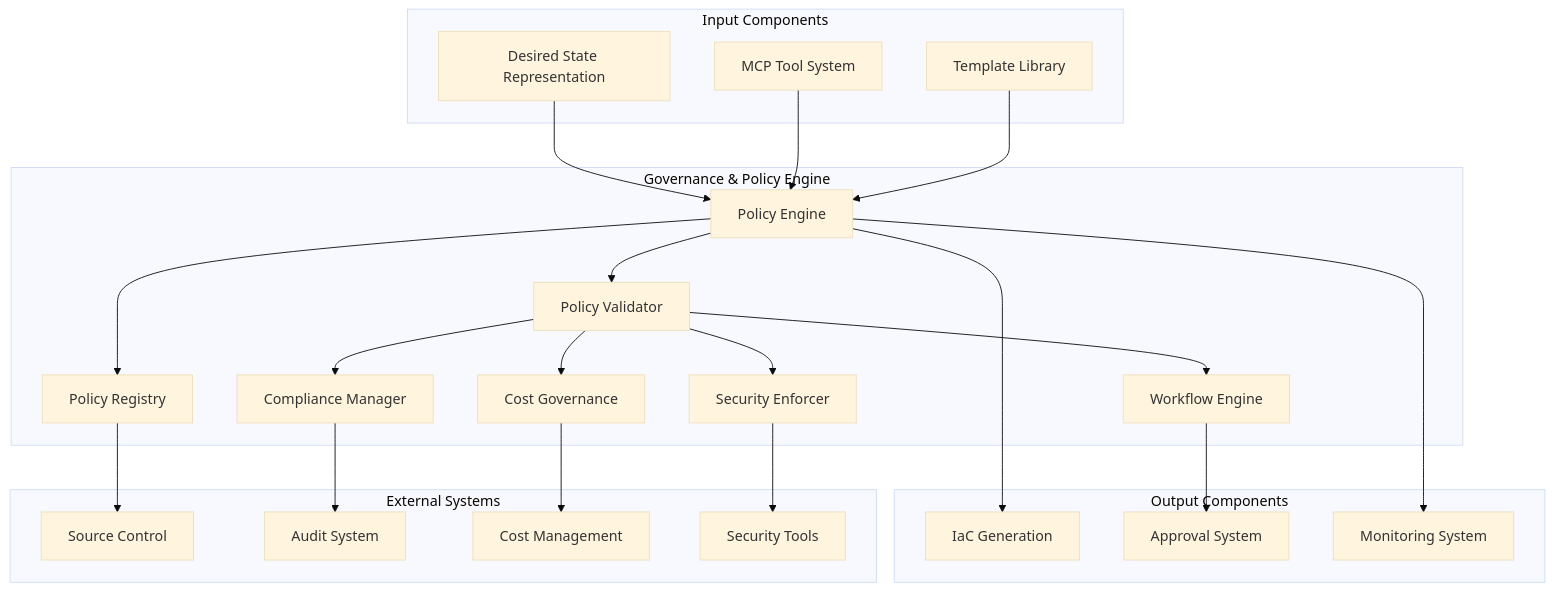
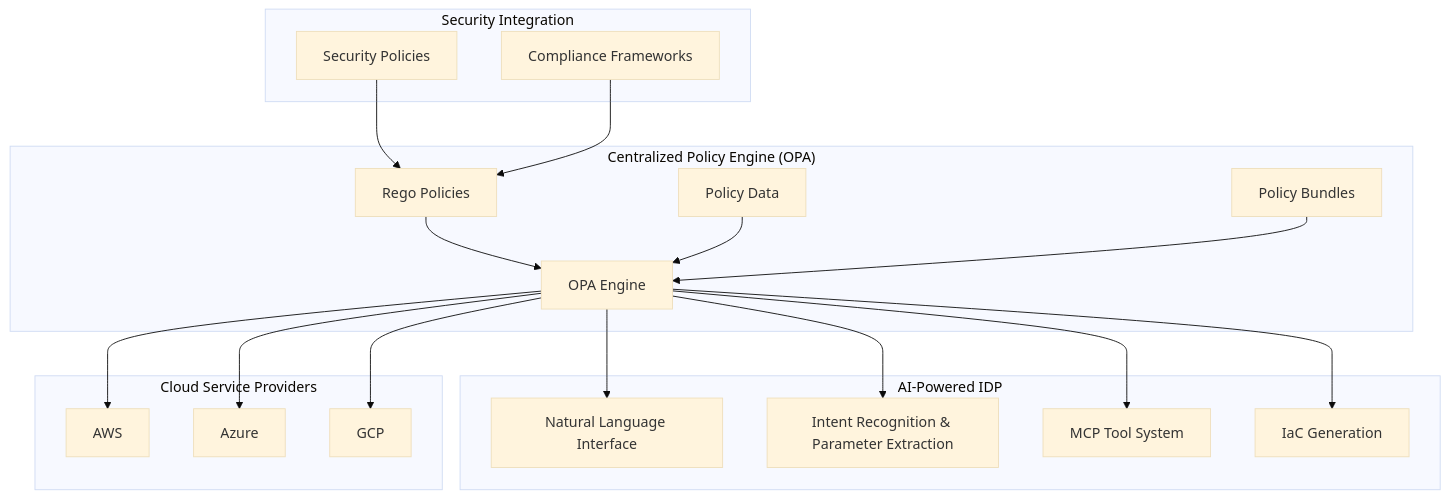
Before and after one commit to aykay76/ai-idp: the diagram in 4.6.governance.md, drawn with Mermaid (base theme). The commit also changed other lines of this file, not shown here.

Commit message:
update governance to use OPA and rego

````diff
--- a/4.6.governance.md
+++ b/4.6.governance.md
@@ -344,48 +349,40 @@
 ```mermaid
 graph TB
-    subgraph "Governance & Policy Engine"
-        PR[Policy Registry]
-        PE[Policy Engine]
-        PV[Policy Validator]
-        WE[Workflow Engine]
-        CM[Compliance Manager]
-        CG[Cost Governance]
-        SE[Security Enforcer]
+    subgraph "Centralized Policy Engine (OPA)"
+        OPA[OPA Engine]
+        REGO[Rego Policies]
+        DATA[Policy Data]
+        BUNDLE[Policy Bundles]
     end
     
-    subgraph "Input Components"
-        DSR[Desired State Representation]
+    subgraph "AI-Powered IDP"
+        NLI[Natural Language Interface]
+        IRPE[Intent Recognition & Parameter Extraction]
         MCP[MCP Tool System]
-        TL[Template Library]
+        IaC[IaC Generation]
     end
     
-    subgraph "Output Components"
-        IaC[IaC Generation]
-        AR[Approval System]
-        MON[Monitoring System]
+    subgraph "Cloud Service Providers"
+        AWS[AWS]
+        AZURE[Azure]
+        GCP[GCP]
     end
     
-    subgraph "External Systems"
-        SC[Source Control]
-        AUDIT[Audit System]
-        COST[Cost Management]
-        SEC[Security Tools]
+    subgraph "Security Integration"
+        CYBER[Security Policies]
+        COMPLIANCE[Compliance Frameworks]
     end
     
-    DSR --> PE
-    MCP --> PE
-    TL --> PE
-    PE --> PR
-    PE --> PV
-    PV --> WE
-    PV --> CM
-    PV --> CG
-    PV --> SE
-    WE --> AR
-    CM --> AUDIT
-    CG --> COST
-    SE --> SEC
-    PE --> IaC
-    PE --> MON
-    PR --> SC
+    REGO --> OPA
+    DATA --> OPA
+    BUNDLE --> OPA
+    OPA --> NLI
+    OPA --> IRPE
+    OPA --> MCP
+    OPA --> IaC
+    OPA --> AWS
+    OPA --> AZURE
+    OPA --> GCP
+    CYBER --> REGO
+    COMPLIANCE --> REGO
 ```
````
